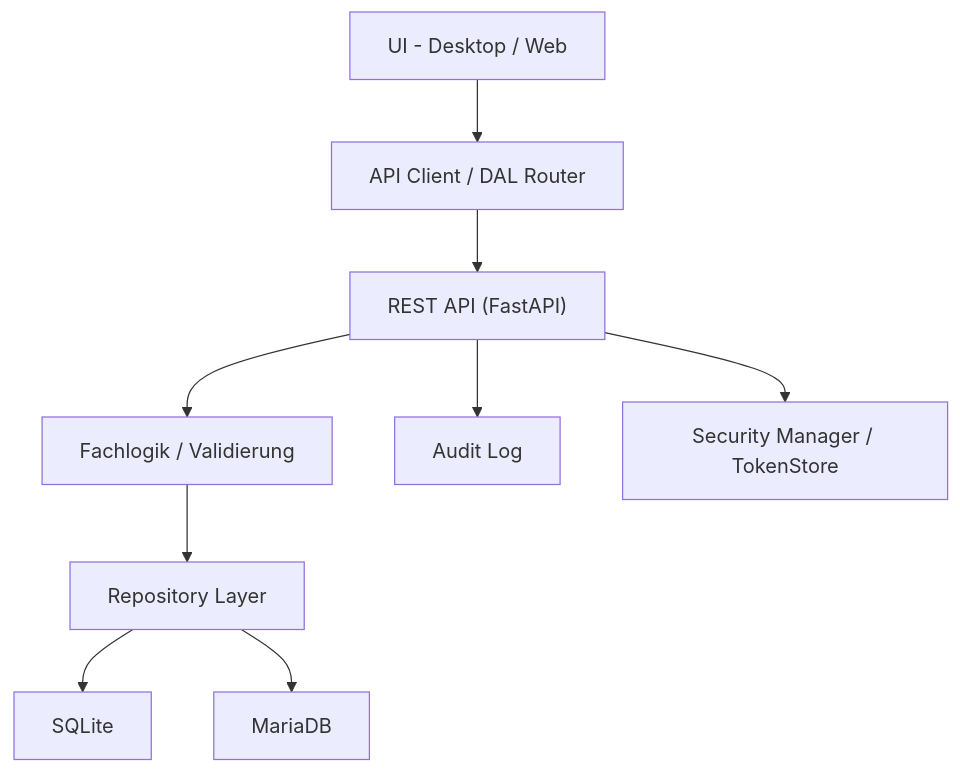
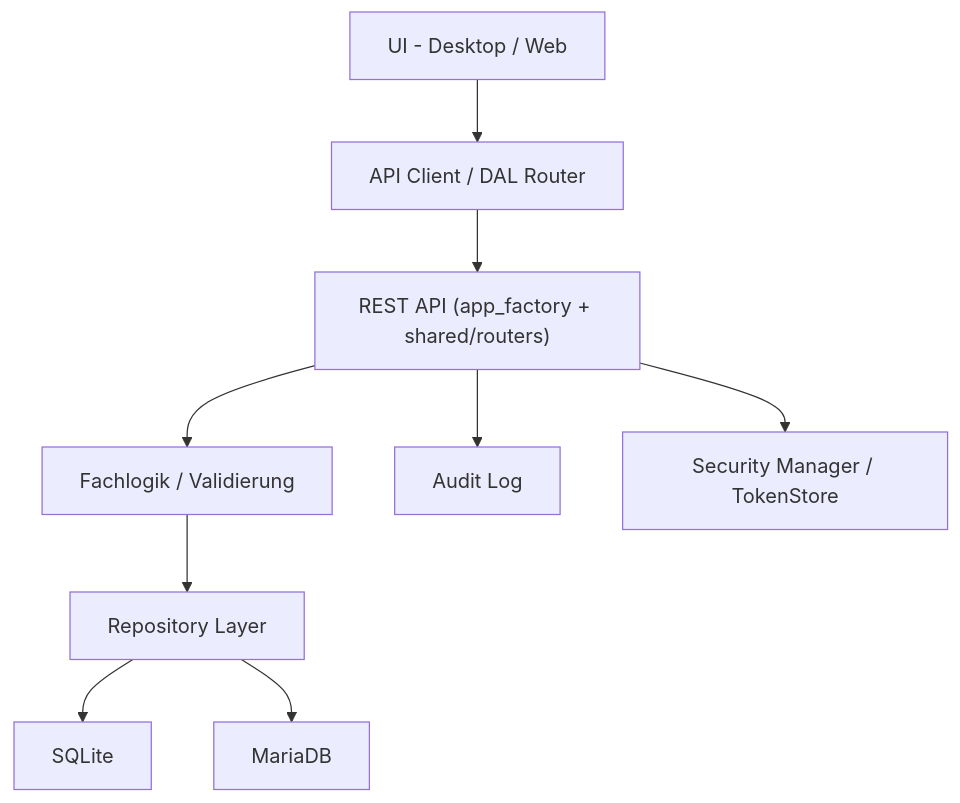
The second of 2 diagrams in docs/architecture/01-system-architecture.md (QuasiniusQuaks/nd-hub), drawn with Mermaid before and after one commit. The commit also changed other lines of this file and 77 other files, not shown here.

````diff
--- a/docs/architecture/01-system-architecture.md
+++ b/docs/architecture/01-system-architecture.md
@@ -99,11 +119,11 @@
 ```mermaid
 flowchart TD
     ui["UI - Desktop / Web"] --> apiClient["API Client / DAL Router"]
-    apiClient --> rest["REST API (FastAPI)"]
+    apiClient --> rest["REST API (app_factory + shared/routers)"]
     rest --> domain["Fachlogik / Validierung"]
     domain --> repo["Repository Layer"]
     repo --> sqlite["SQLite"]
     repo --> mariadb["MariaDB"]
     rest --> audit["Audit Log"]
     rest --> security["Security Manager / TokenStore"]
 ```
````
